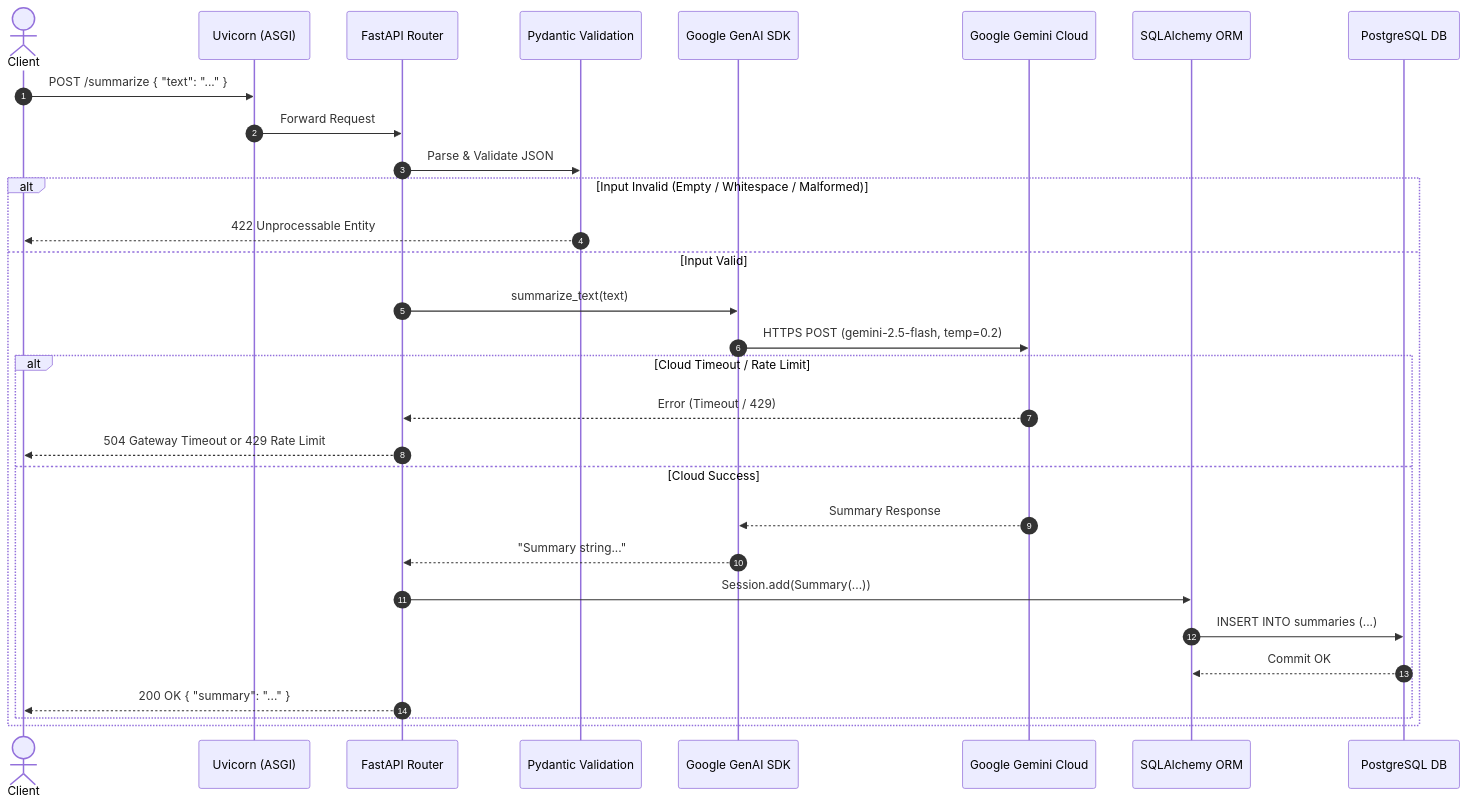
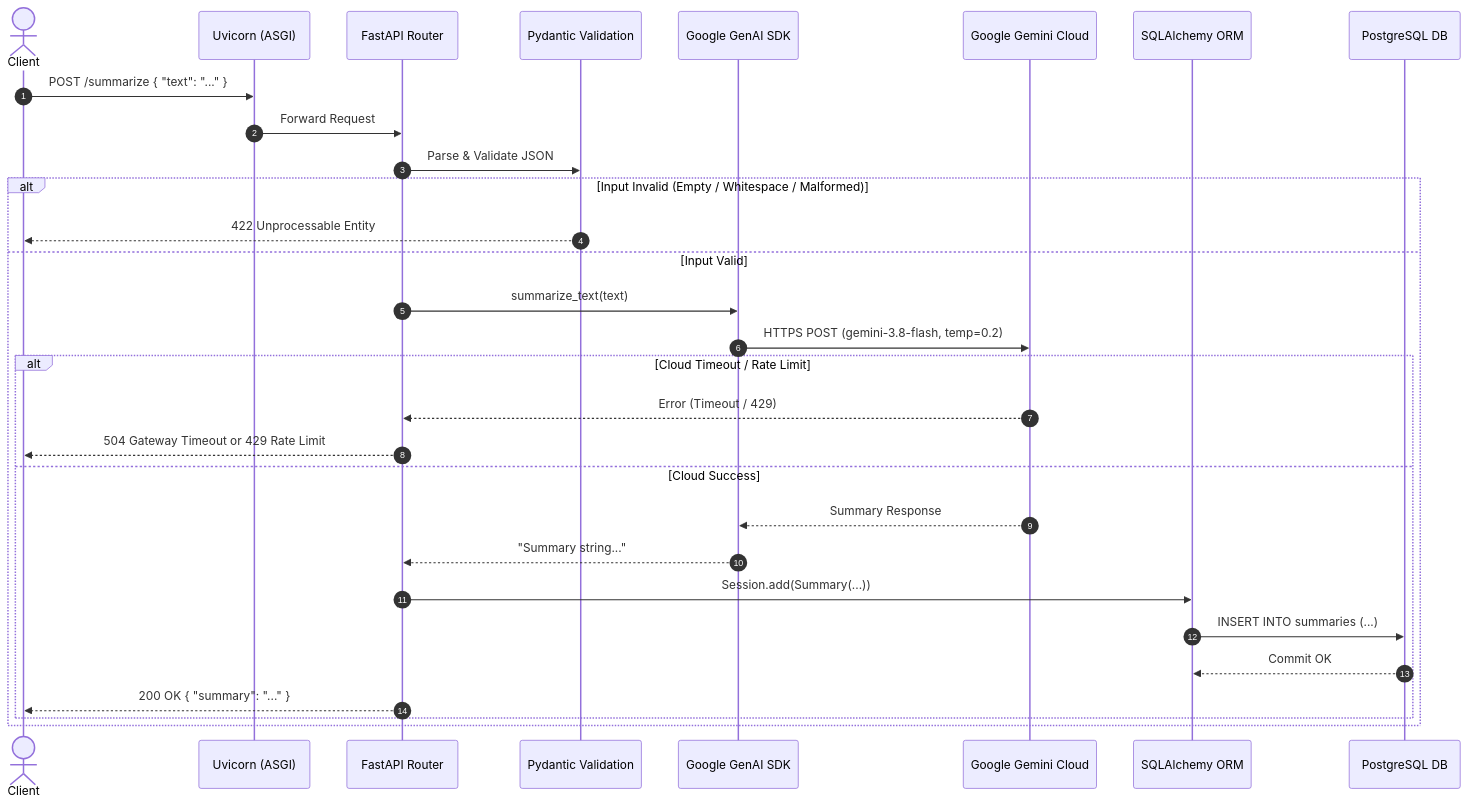
The diagram in README.md (prajwalrdev/AI-Text-Summarization-API), drawn with Mermaid before and after one commit. The commit also changed other lines of this file and 6 other files, not shown here.

````diff
--- a/README.md
+++ b/README.md
@@ -50,33 +50,33 @@
 ```mermaid
 sequenceDiagram
     autonumber
     actor Client
     participant ASGI as Uvicorn (ASGI)
     participant FastAPI as FastAPI Router
     participant Pydantic as Pydantic Validation
     participant Gemini as Google GenAI SDK
     participant GoogleCloud as Google Gemini Cloud
     participant ORM as SQLAlchemy ORM
     participant Postgres as PostgreSQL DB
 
     Client->>ASGI: POST /summarize { "text": "..." }
     ASGI->>FastAPI: Forward Request
     FastAPI->>Pydantic: Parse & Validate JSON
     alt Input Invalid (Empty / Whitespace / Malformed)
         Pydantic-->>Client: 422 Unprocessable Entity
     else Input Valid
         FastAPI->>Gemini: summarize_text(text)
-        Gemini->>GoogleCloud: HTTPS POST (gemini-2.5-flash, temp=0.2)
+        Gemini->>GoogleCloud: HTTPS POST (gemini-3.8-flash, temp=0.2)
         alt Cloud Timeout / Rate Limit
             GoogleCloud-->>FastAPI: Error (Timeout / 429)
             FastAPI-->>Client: 504 Gateway Timeout or 429 Rate Limit
         else Cloud Success
             GoogleCloud-->>Gemini: Summary Response
             Gemini-->>FastAPI: "Summary string..."
             FastAPI->>ORM: Session.add(Summary(...))
             ORM->>Postgres: INSERT INTO summaries (...)
             Postgres-->>ORM: Commit OK
             FastAPI-->>Client: 200 OK { "summary": "..." }
         end
     end
 ```
````
